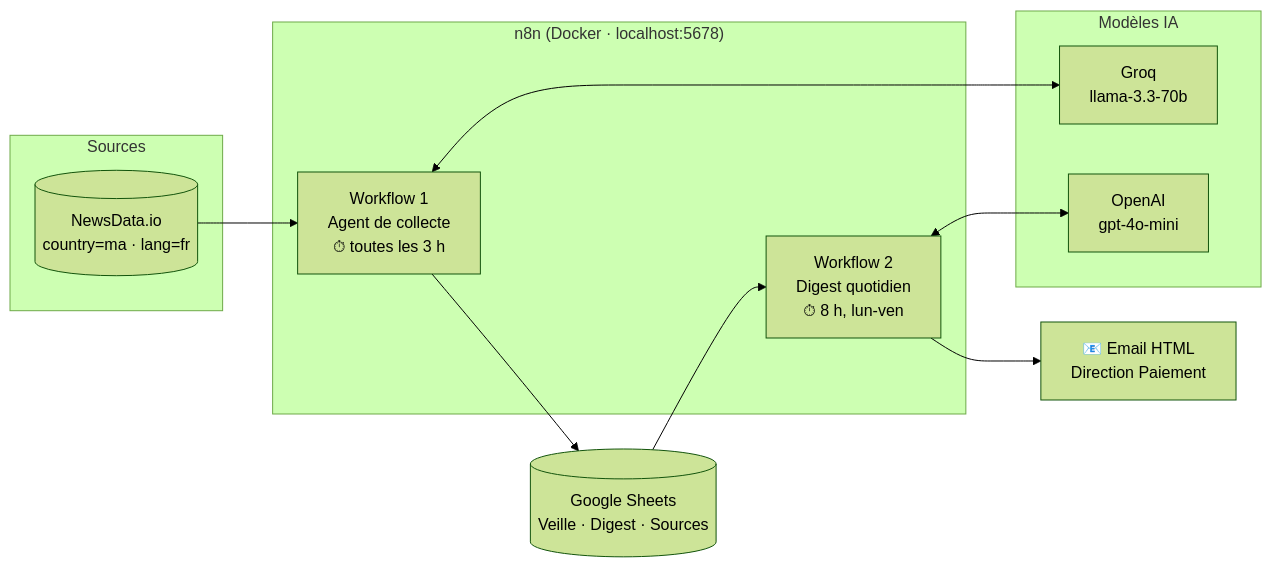
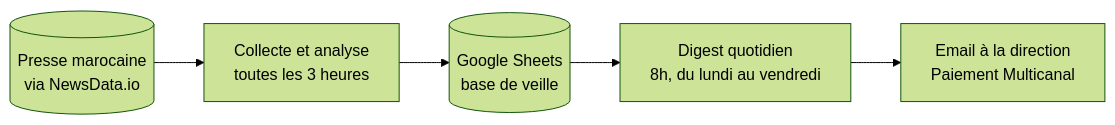
One commit to soumailaniampa11/Payment-watch changed the first of 3 diagrams in README.md. Above: the diagram before and after it, drawn with Mermaid (forest theme). The commit also changed other lines of this file, not shown here.

````diff
--- a/README.md
+++ b/README.md
@@ -34,26 +22,10 @@
 ```mermaid
 flowchart LR
-    subgraph Sources
-        ND[("NewsData.io<br/>country=ma · lang=fr")]
-    end
+    NEWS[("Presse marocaine<br/>via NewsData.io")]
+    A["Collecte et analyse<br/>toutes les 3 heures"]
+    SHEET[("Google Sheets<br/>base de veille")]
+    D["Digest quotidien<br/>8h, du lundi au vendredi"]
+    MAIL["Email à la direction<br/>Paiement Multicanal"]
 
-    subgraph n8n["n8n (Docker · localhost:5678)"]
-        WA["Workflow 1<br/>Agent de collecte<br/>⏱ toutes les 3 h"]
-        WD["Workflow 2<br/>Digest quotidien<br/>⏱ 8 h, lun-ven"]
-    end
-
-    subgraph IA["Modèles IA"]
-        GROQ["Groq<br/>llama-3.3-70b"]
-        OAI["OpenAI<br/>gpt-4o-mini"]
-    end
-
-    GS[("Google Sheets<br/>Veille · Digest · Sources")]
-    MAIL["📧 Email HTML<br/>Direction Paiement"]
-
-    ND --> WA
-    WA <--> GROQ
-    WA --> GS
-    GS --> WD
-    WD <--> OAI
-    WD --> MAIL
+    NEWS --> A --> SHEET --> D --> MAIL
 ```
````
